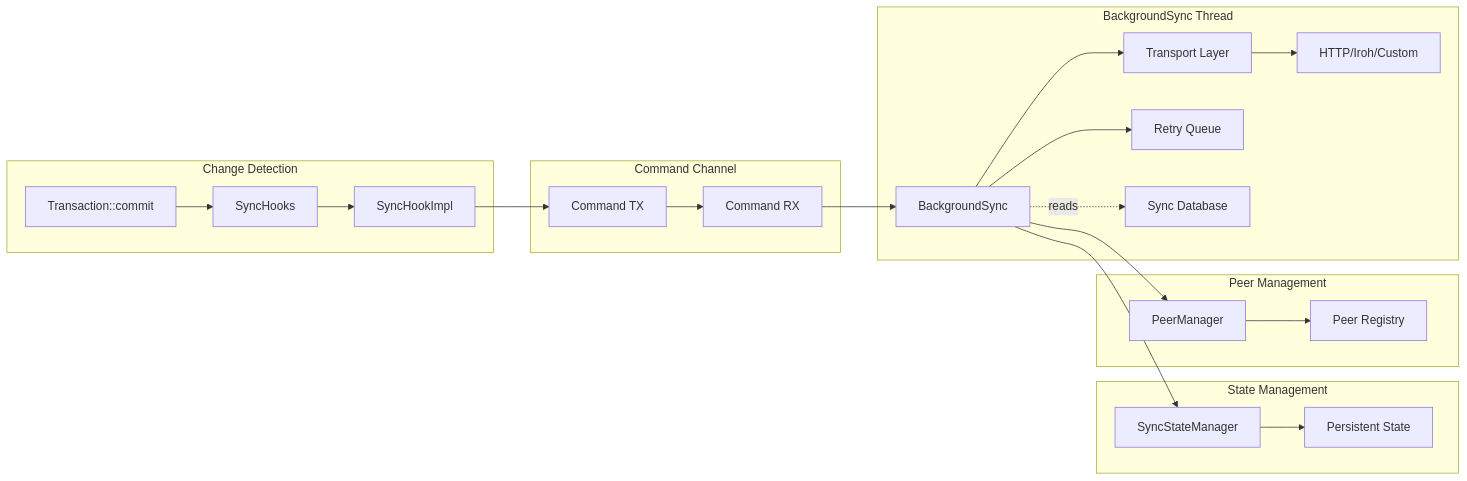
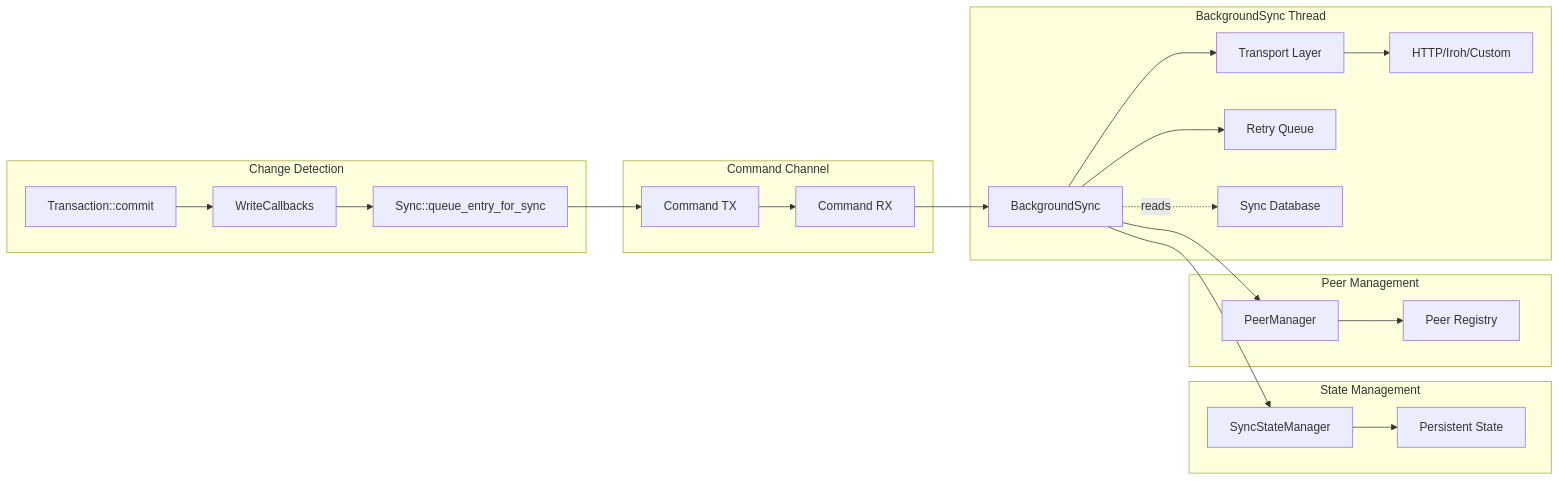
The diagram in docs/src/design/synchronization.md (arcuru/eidetica), drawn with Mermaid before and after one commit. The commit also changed other lines of this file and 14 other files, not shown here.

````diff
--- a/docs/src/design/synchronization.md
+++ b/docs/src/design/synchronization.md
@@ -260,30 +263,30 @@
 ```mermaid
 graph LR
     subgraph "Change Detection"
-        A[Transaction::commit] --> B[SyncHooks]
-        B --> C[SyncHookImpl]
+        A[Transaction::commit] --> B[WriteCallbacks]
+        B --> C[Sync::queue_entry_for_sync]
     end
 
     subgraph "Command Channel"
         C --> D[Command TX]
         D --> E[Command RX]
     end
 
     subgraph "BackgroundSync Thread"
         E --> F[BackgroundSync]
         F --> G[Transport Layer]
         G --> H[HTTP/Iroh/Custom]
         F --> I[Retry Queue]
         F -.->|reads| ST[Sync Database]
     end
 
     subgraph "State Management"
         K[SyncStateManager] --> L[Persistent State]
         F --> K
     end
 
     subgraph "Peer Management"
         M[PeerManager] --> N[Peer Registry]
         F --> M
     end
 ```
````
